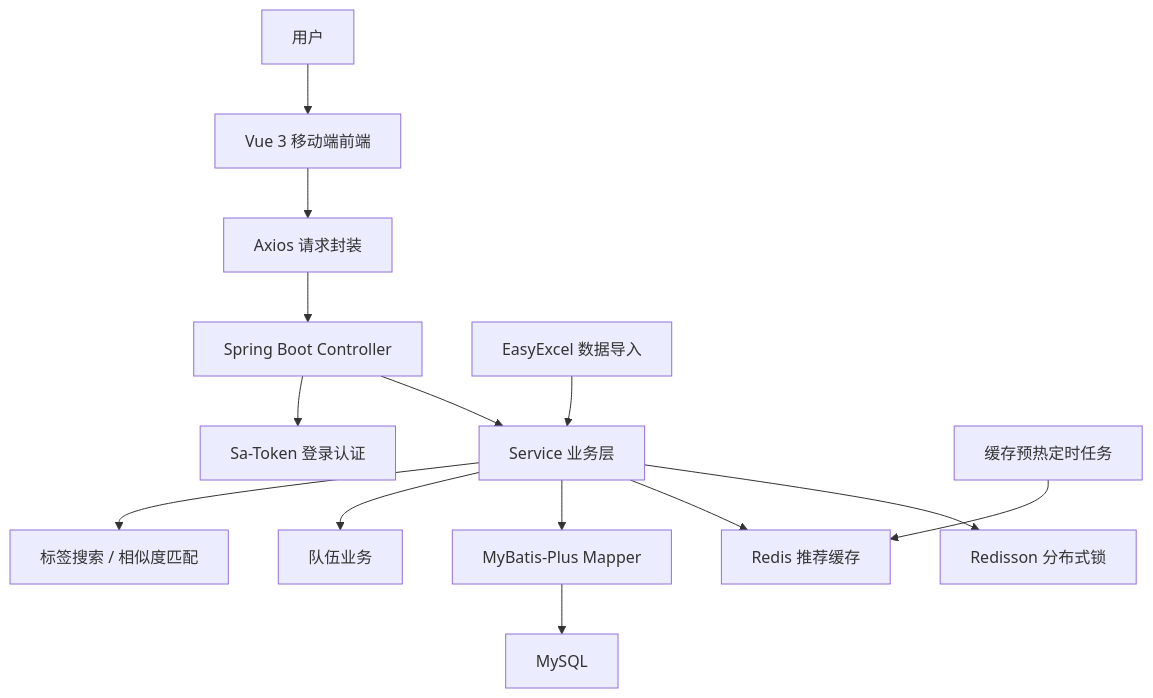
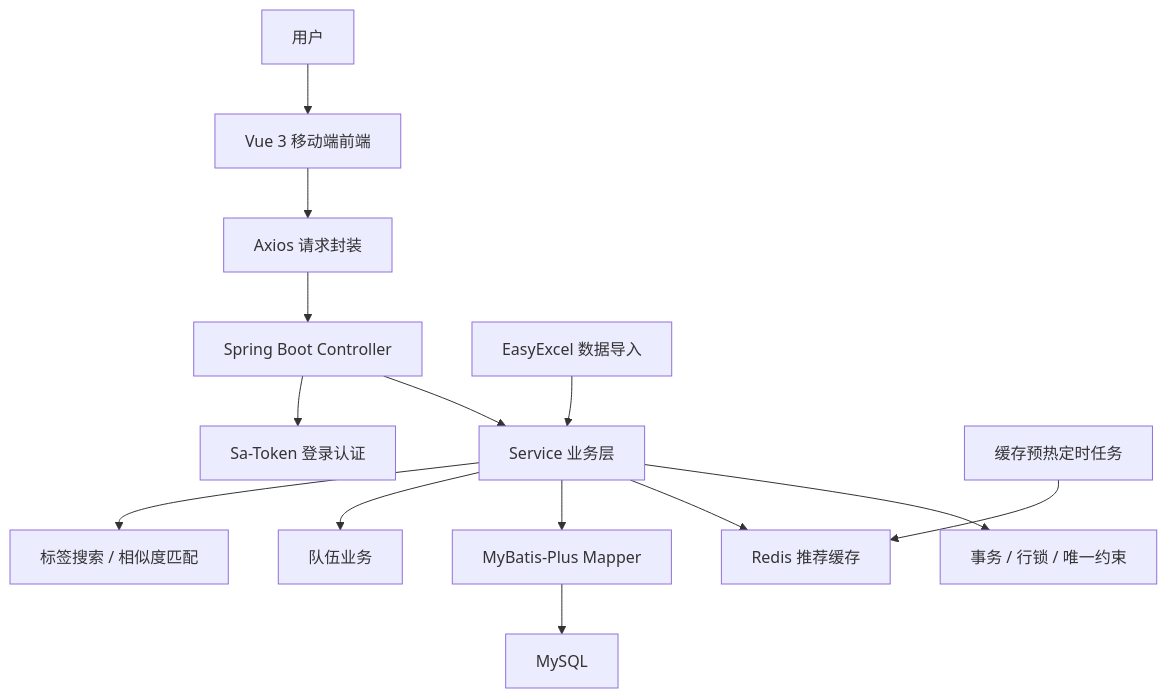
Before and after one commit to Code-Mikle/sync-up: the first of 3 diagrams in README.md, drawn with Mermaid. The commit also changed other lines of this file and 15 other files, not shown here.

````diff
--- a/README.md
+++ b/README.md
@@ -71,31 +71,31 @@
 ```mermaid
 flowchart TD
     User["用户"]
     Frontend["Vue 3 移动端前端"]
     Axios["Axios 请求封装"]
     Controller["Spring Boot Controller"]
     Service["Service 业务层"]
     Mapper["MyBatis-Plus Mapper"]
     Auth["Sa-Token 登录认证"]
     Match["标签搜索 / 相似度匹配"]
     Team["队伍业务"]
     Cache["Redis 推荐缓存"]
-    Lock["Redisson 分布式锁"]
+    Consistency["事务 / 行锁 / 唯一约束"]
     Job["缓存预热定时任务"]
     Import["EasyExcel 数据导入"]
     DB["MySQL"]
 
     User --> Frontend
     Frontend --> Axios
     Axios --> Controller
     Controller --> Auth
     Controller --> Service
     Service --> Match
     Service --> Team
     Service --> Mapper
     Service --> Cache
-    Service --> Lock
+    Service --> Consistency
     Job --> Cache
     Import --> Service
     Mapper --> DB
 ```
````
